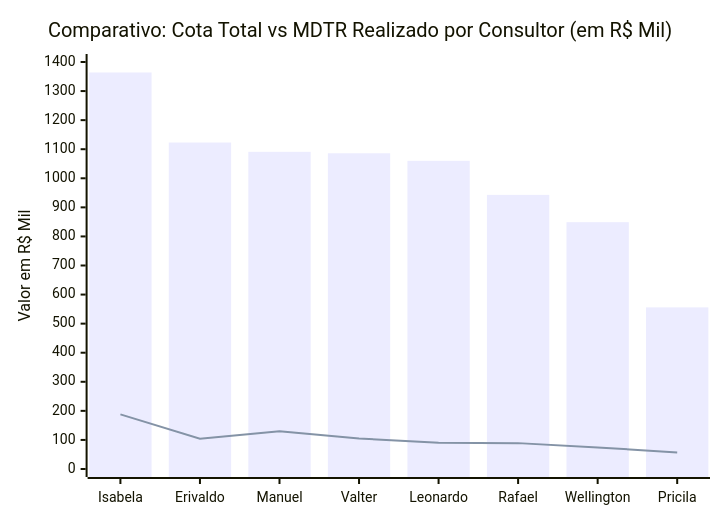
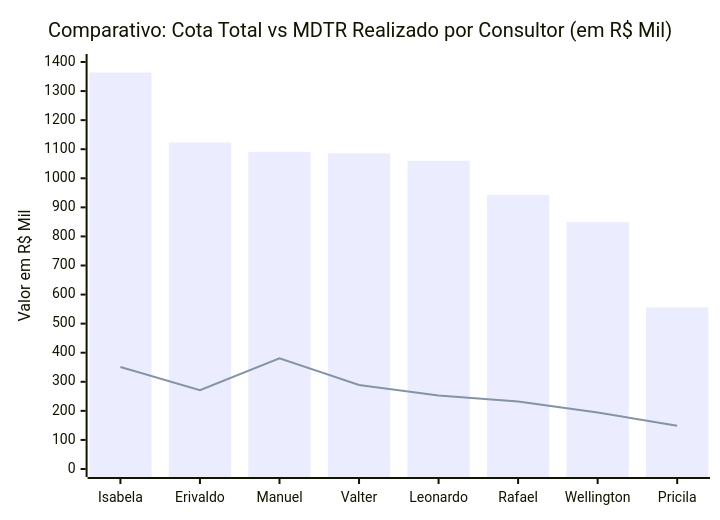
The diagram in ANALISE_SETORES_COTA_MDTR_OUTUBRO2026.md (cabralnetto26-ship-it/Acompanhamento-Outubro), drawn with Mermaid before and after one commit. The commit also changed other lines of this file and 3 other files, not shown here.

````diff
--- a/ANALISE_SETORES_COTA_MDTR_OUTUBRO2026.md
+++ b/ANALISE_SETORES_COTA_MDTR_OUTUBRO2026.md
@@ -50,8 +50,8 @@
 ```mermaid
 xychart-beta
     title "Comparativo: Cota Total vs MDTR Realizado por Consultor (em R$ Mil)"
     x-axis ["Isabela", "Erivaldo", "Manuel", "Valter", "Leonardo", "Rafael", "Wellington", "Pricila"]
     y-axis "Valor em R$ Mil" 0 --> 1400
     bar [1364, 1123, 1091, 1086, 1060, 943, 849, 556]
-    line [188, 104, 130, 105, 90, 89, 74, 57]
+    line [351, 271, 381, 289, 253, 232, 194, 149]
 ```
````
